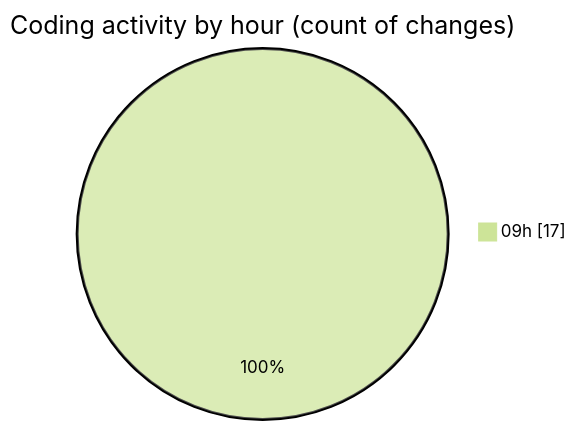
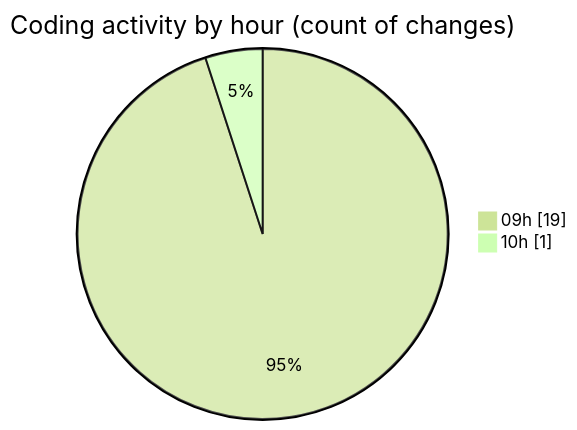
The second of 2 diagrams in 2025-09-05/cda/README.md (momahboobian/code-tracking), drawn with Mermaid (forest theme) before and after one commit. The commit also changed other lines of this file and 1 other file, not shown here.

````diff
--- a/2025-09-05/cda/README.md
+++ b/2025-09-05/cda/README.md
@@ -31,5 +31,6 @@
 ```mermaid
 pie showData
 title Coding activity by hour (count of changes)
-"09h" : 17
+"09h" : 19
+"10h" : 1
 ```
````
